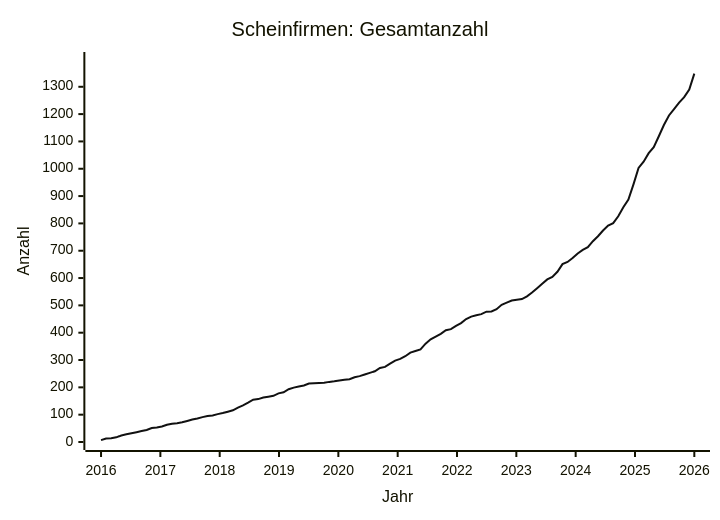
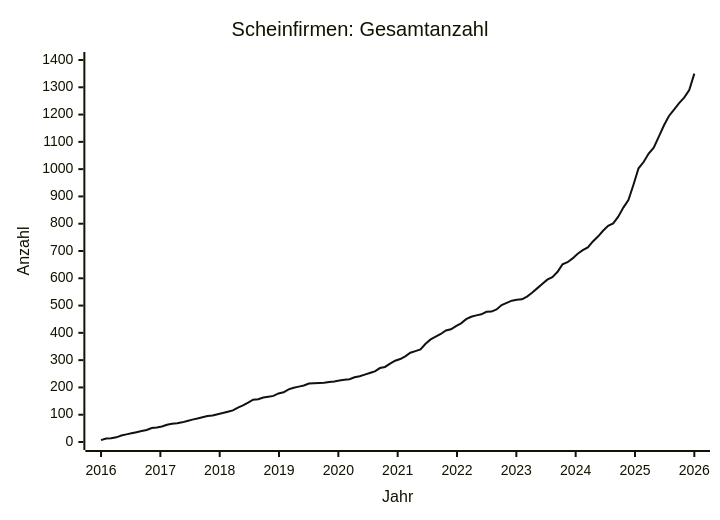
One commit to arjoma/scheinfirmen-at changed the diagram in data/STATS.md. Above: the diagram before and after it, drawn with Mermaid. The commit also changed other lines of this file and 3 other files, not shown here.

````diff
--- a/data/STATS.md
+++ b/data/STATS.md
@@ -9,13 +9,13 @@
 ```mermaid
 ---
 config:
   themeVariables:
     xyChart:
       plotColorPalette: "#111111"
 ---
 xychart-beta
     title "Scheinfirmen: Gesamtanzahl"
     x-axis "Jahr" 2016 --> 2026
-    y-axis "Anzahl" 0 --> 1398
-    line [7, 13, 14, 17, 24, 28, 32, 36, 40, 44, 51, 53, 57, 63, 67, 69, 72, 77, 82, 86, 91, 95, 97, 102, 106, 111, 116, 126, 134, 144, 155, 157, 163, 166, 169, 178, 182, 193, 199, 203, 207, 214, 215, 216, 217, 220, 222, 225, 228, 230, 237, 241, 247, 253, 259, 271, 275, 287, 298, 304, 314, 327, 333, 339, 360, 376, 386, 396, 409, 413, 425, 435, 450, 459, 464, 468, 477, 478, 486, 502, 510, 518, 521, 523, 533, 547, 563, 579, 595, 604, 623, 651, 659, 673, 690, 703, 713, 735, 753, 774, 792, 801, 826, 859, 887, 943, 1003, 1026, 1057, 1079, 1119, 1160, 1195, 1218, 1242, 1262, 1290, 1348]
+    y-axis "Anzahl" 0 --> 1400
+    line [7, 13, 14, 17, 24, 28, 32, 36, 40, 44, 51, 53, 57, 63, 67, 69, 72, 77, 82, 86, 91, 95, 97, 102, 106, 111, 116, 126, 134, 144, 155, 157, 163, 166, 169, 178, 182, 193, 199, 203, 207, 214, 215, 216, 217, 220, 222, 225, 228, 230, 237, 241, 247, 253, 259, 271, 275, 287, 298, 304, 314, 327, 333, 339, 360, 376, 386, 396, 409, 413, 425, 435, 450, 459, 464, 468, 477, 478, 486, 502, 510, 518, 521, 523, 533, 547, 563, 579, 595, 604, 623, 651, 659, 673, 690, 703, 713, 735, 753, 774, 792, 801, 826, 859, 887, 943, 1003, 1026, 1057, 1079, 1119, 1160, 1195, 1218, 1242, 1262, 1290, 1350]
 ```
````
